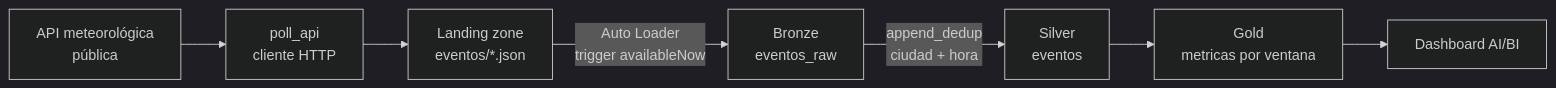
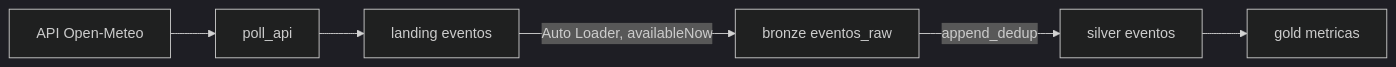
The diagram in use_cases/streaming/README.md (brrsanchezfi/TFM_nticmaster), drawn with Mermaid (dark theme) before and after one commit. The commit also changed other lines of this file and 24 other files, not shown here.

````diff
--- a/use_cases/streaming/README.md
+++ b/use_cases/streaming/README.md
@@ -12,9 +8,7 @@
 ```mermaid
 flowchart LR
-    API[API meteorológica<br/>pública] --> P[poll_api<br/>cliente HTTP]
-    P --> L[Landing zone<br/>eventos/*.json]
-    L -->|Auto Loader<br/>trigger availableNow| B[Bronze<br/>eventos_raw]
-    B -->|append_dedup<br/>ciudad + hora| S[Silver<br/>eventos]
-    S --> G[Gold<br/>metricas por ventana]
-    G --> D[Dashboard AI/BI]
+    API[API Open-Meteo] --> P[poll_api] --> L[landing eventos]
+    L -->|Auto Loader, availableNow| B[bronze eventos_raw]
+    B -->|append_dedup| S[silver eventos]
+    S --> G[gold metricas]
 ```
````
